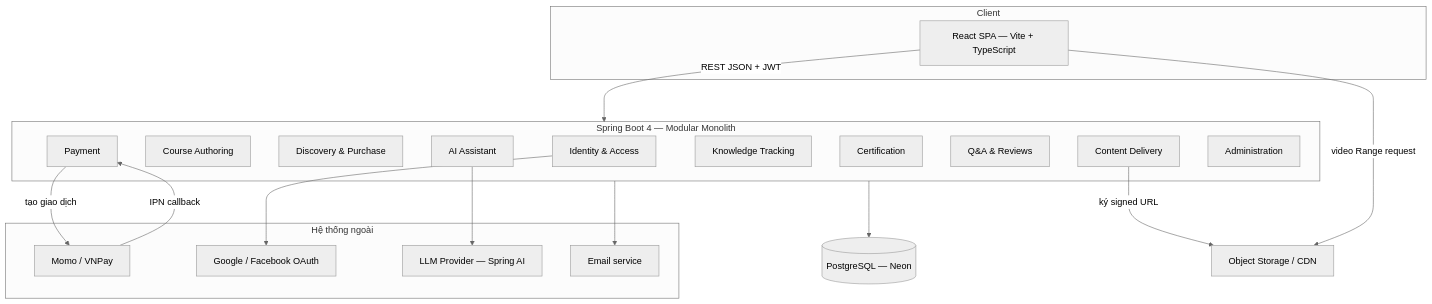
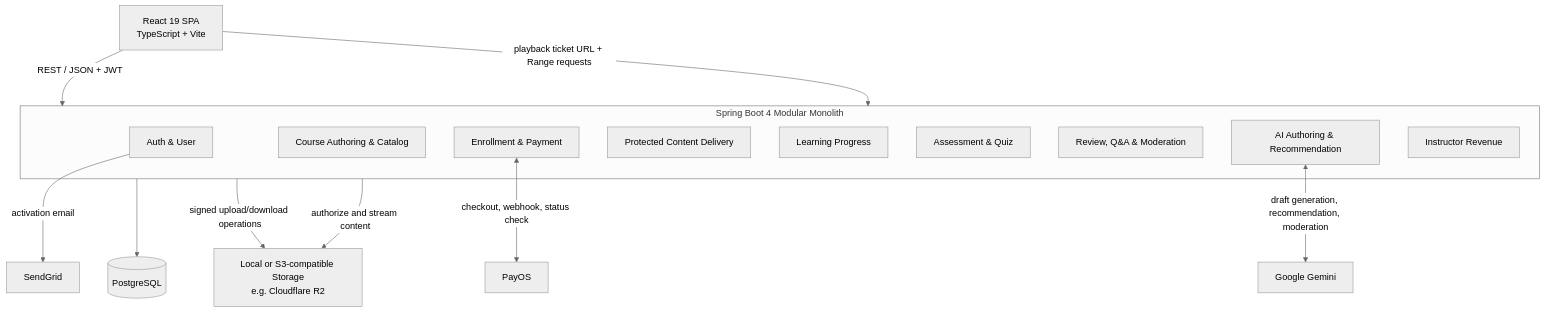
The first of 2 diagrams in docs/hld.md (The3Idiots01/ELearning), drawn with Mermaid (neutral theme) before and after one commit. The commit also changed other lines of this file and 5 other files, not shown here.

````diff
--- a/docs/hld.md
+++ b/docs/hld.md
@@ -30,36 +32,29 @@
 ```mermaid
 flowchart TB
-    subgraph Client
-        FE["React SPA — Vite + TypeScript"]
+    FE["React 19 SPA<br/>TypeScript + Vite"]
+    subgraph BE["Spring Boot 4 Modular Monolith"]
+        AUTH["Auth & User"]
+        COURSE["Course Authoring & Catalog"]
+        ENROLL["Enrollment & Payment"]
+        DELIVERY["Protected Content Delivery"]
+        TRACK["Learning Progress"]
+        QUIZ["Assessment & Quiz"]
+        SOCIAL["Review, Q&A & Moderation"]
+        AI["AI Authoring & Recommendation"]
+        REVENUE["Instructor Revenue"]
     end
-    subgraph App["Spring Boot 4 — Modular Monolith"]
-        AUTH["Identity & Access"]
-        CA["Course Authoring"]
-        CD["Discovery & Purchase"]
-        PAY["Payment"]
-        DL["Content Delivery"]
-        KT["Knowledge Tracking"]
-        CERT["Certification"]
-        QNA["Q&A & Reviews"]
-        AI["AI Assistant"]
-        ADM["Administration"]
-    end
-    DB[("PostgreSQL — Neon")]
-    ST["Object Storage / CDN"]
-    subgraph External["Hệ thống ngoài"]
-        PG["Momo / VNPay"]
-        OA["Google / Facebook OAuth"]
-        LLM["LLM Provider — Spring AI"]
-        MAIL["Email service"]
-    end
+    DB[("PostgreSQL")]
+    STORE["Local or S3-compatible Storage<br/>e.g. Cloudflare R2"]
+    PAYOS["PayOS"]
+    GEMINI["Google Gemini"]
+    EMAIL["SendGrid"]
 
-    FE -->|REST JSON + JWT| App
-    App --> DB
-    DL -->|ký signed URL| ST
-    FE -->|video Range request| ST
-    PAY -->|tạo giao dịch| PG
-    PG -->|IPN callback| PAY
-    AUTH --> OA
-    AI --> LLM
-    App --> MAIL
+    FE -->|REST / JSON + JWT| BE
+    BE --> DB
+    BE -->|signed upload/download operations| STORE
+    FE -->|playback ticket URL + Range requests| BE
+    BE -->|authorize and stream content| STORE
+    ENROLL <-->|checkout, webhook, status check| PAYOS
+    AI <-->|draft generation, recommendation, moderation| GEMINI
+    AUTH -->|activation email| EMAIL
 ```
````
